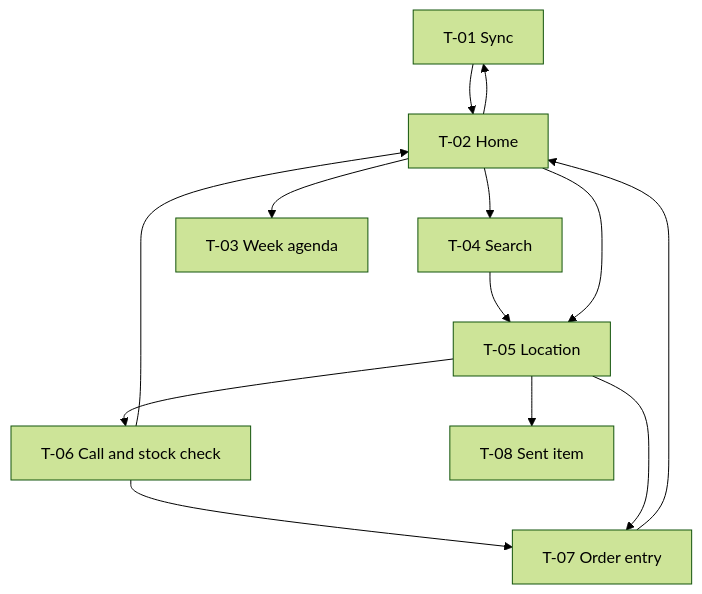
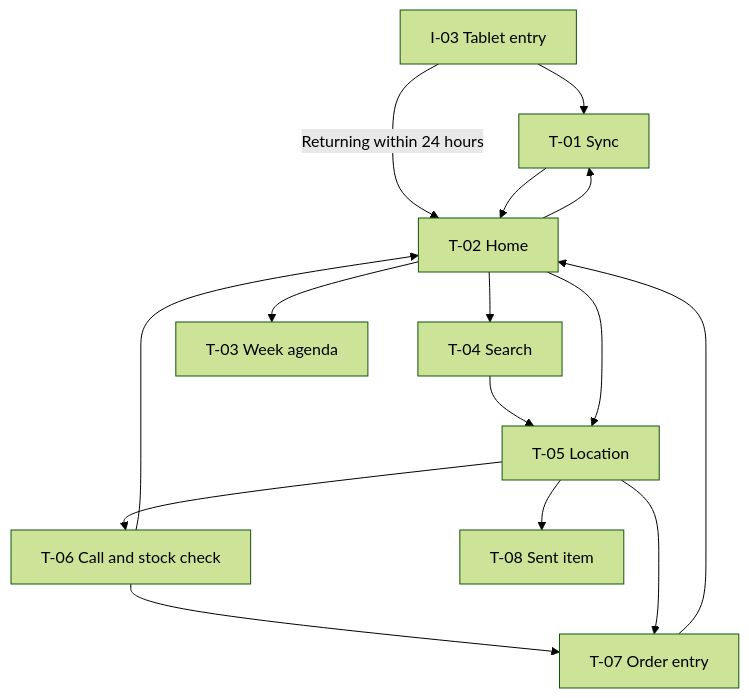
One commit to ColmKenna/field_sales_stories changed the diagram in plan_docs/uxdocs/01-tablet-day.md. Above: the diagram before and after it, drawn with Mermaid (forest theme). The commit also changed other lines of this file and 7 other files, not shown here.

````diff
--- a/plan_docs/uxdocs/01-tablet-day.md
+++ b/plan_docs/uxdocs/01-tablet-day.md
@@ -10,15 +10,17 @@
 ```mermaid
 flowchart TD
+    I[I-03 Tablet entry] --> A[T-01 Sync]
+    I -->|Returning within 24 hours| B[T-02 Home]
     A[T-01 Sync] --> B[T-02 Home]
     B --> D[T-04 Search]
     D --> C[T-05 Location]
     B --> C
     B --> E[T-03 Week agenda]
     C --> F[T-06 Call and stock check]
     F --> G[T-07 Order entry]
     C --> G
     C --> H[T-08 Sent item]
     G --> B
     F --> B
     B --> A
 ```
````
